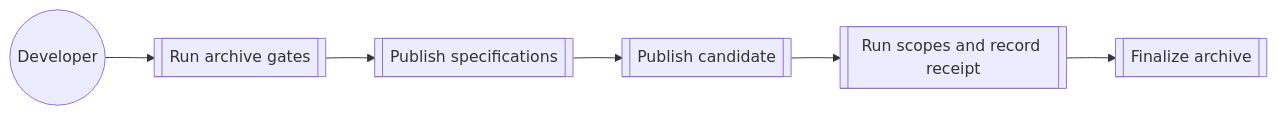
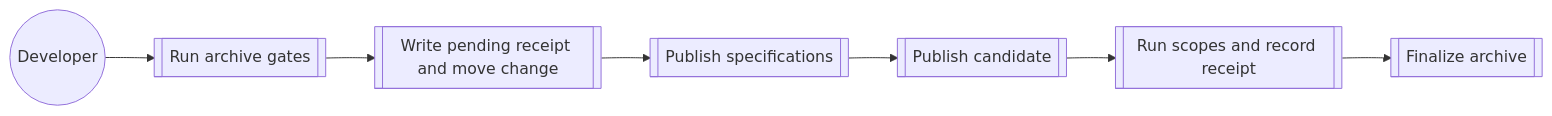
The diagram in givn/specs/archive-change/usecase.md (buster/givn), drawn with Mermaid before and after one commit. The commit also changed other lines of this file and 11 other files, not shown here.

````diff
--- a/givn/specs/archive-change/usecase.md
+++ b/givn/specs/archive-change/usecase.md
@@ -120,8 +131,9 @@
 ```mermaid
 flowchart LR
   Actor((Developer)) --> Gate[[Run archive gates]]
-  Gate --> Merge[[Publish specifications]]
+  Gate --> Move[[Write pending receipt and move change]]
+  Move --> Merge[[Publish specifications]]
   Merge --> Candidate[[Publish candidate]]
   Candidate --> Proof[[Run scopes and record receipt]]
   Proof --> Archive[[Finalize archive]]
 ```
````
